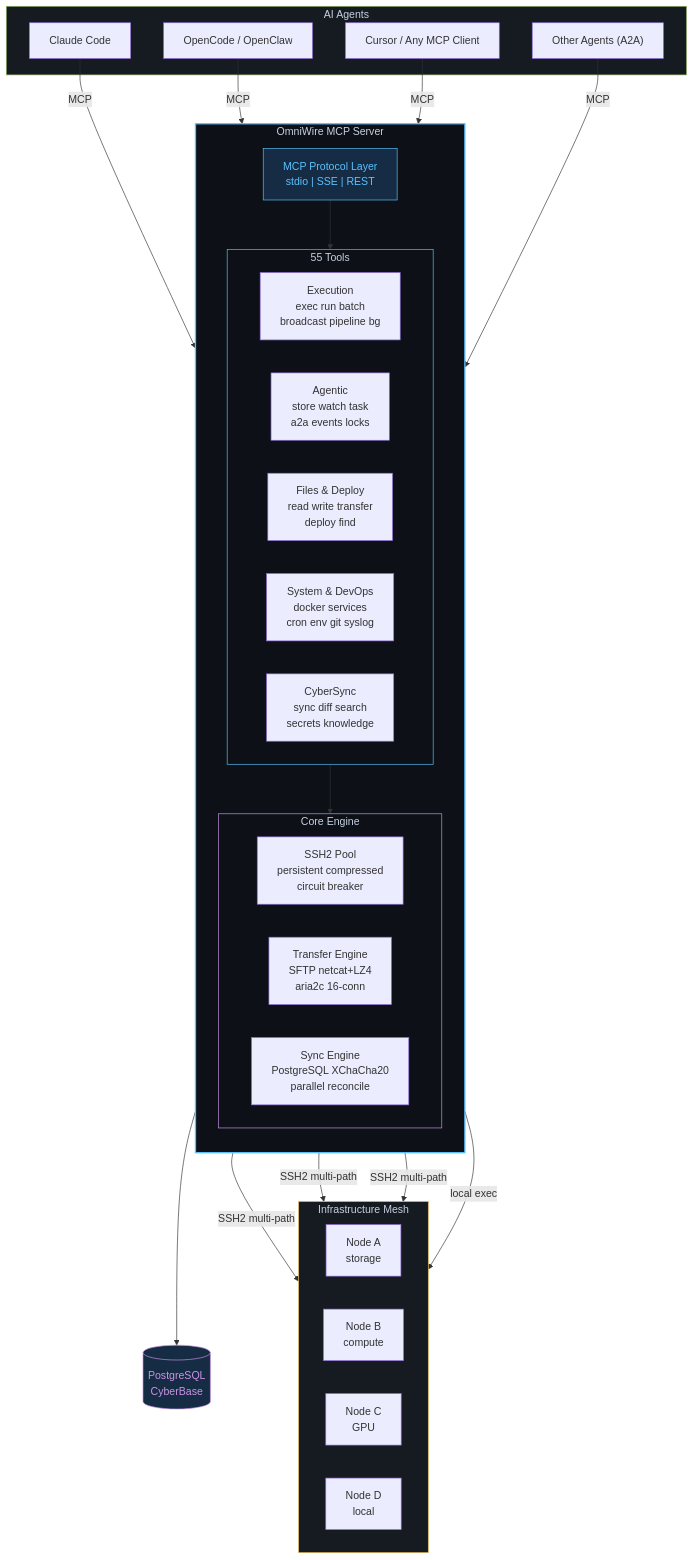
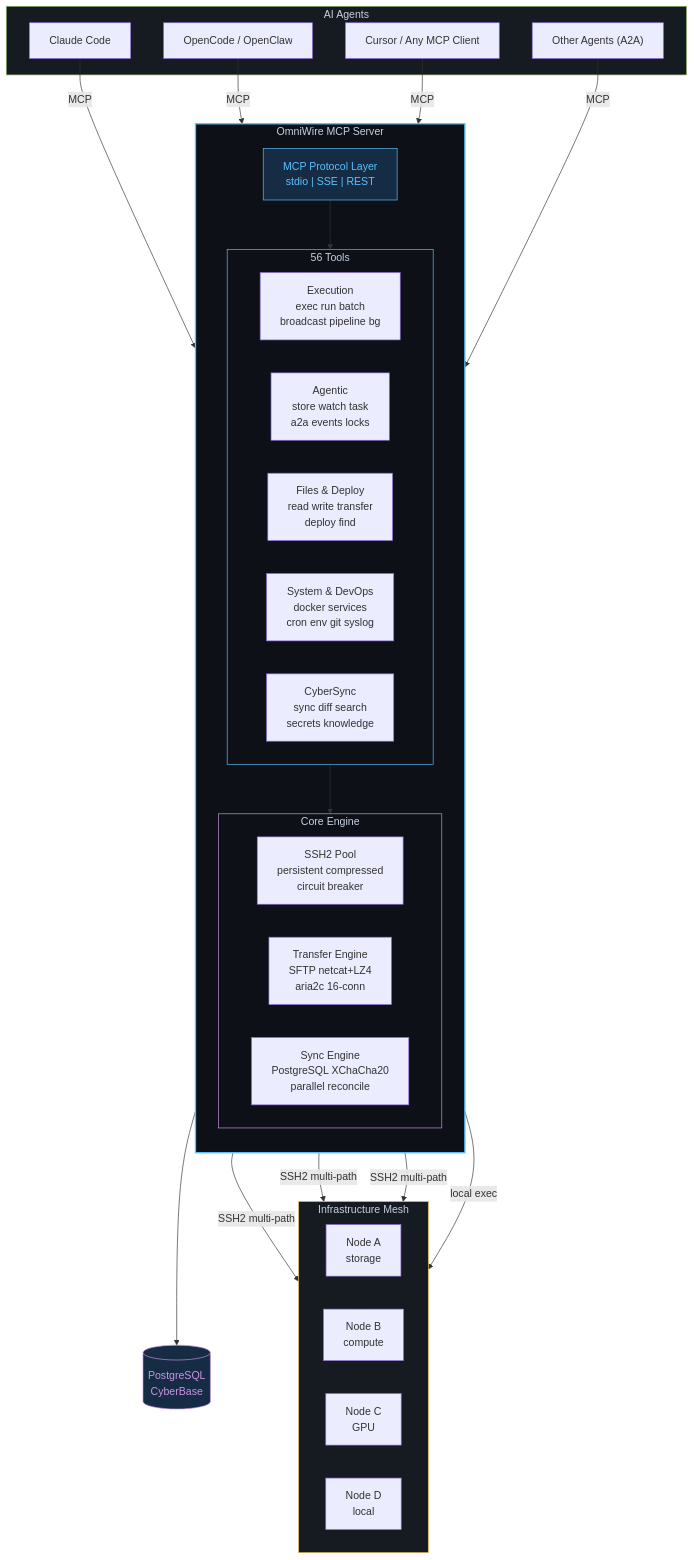
One commit to VoidChecksum/omniwire changed the diagram in README.md. Above: the diagram before and after it, drawn with Mermaid. The commit also changed other lines of this file and 4 other files, not shown here.

````diff
--- a/README.md
+++ b/README.md
@@ -196,55 +196,55 @@
 ```mermaid
 graph TB
     subgraph clients["AI Agents"]
         CC["Claude Code"]
         OC["OpenCode / OpenClaw"]
         CU["Cursor / Any MCP Client"]
         A2["Other Agents (A2A)"]
     end
 
     subgraph omniwire["OmniWire MCP Server"]
         direction TB
         MCP["MCP Protocol Layer<br/>stdio | SSE | REST"]
 
-        subgraph tools["55 Tools"]
+        subgraph tools["56 Tools"]
             direction LR
             EXEC["Execution<br/>exec  run  batch<br/>broadcast  pipeline  bg"]
             AGENT["Agentic<br/>store  watch  task<br/>a2a  events  locks"]
             FILES["Files & Deploy<br/>read  write  transfer<br/>deploy  find"]
             SYS["System & DevOps<br/>docker  services<br/>cron  env  git  syslog"]
             SYNC["CyberSync<br/>sync  diff  search<br/>secrets  knowledge"]
         end
 
         subgraph engine["Core Engine"]
             direction LR
             POOL["SSH2 Pool<br/>persistent  compressed<br/>circuit breaker"]
             XFER["Transfer Engine<br/>SFTP  netcat+LZ4<br/>aria2c 16-conn"]
             CSYNC["Sync Engine<br/>PostgreSQL  XChaCha20<br/>parallel reconcile"]
         end
     end
 
     subgraph mesh["Infrastructure Mesh"]
         direction LR
         N1["Node A<br/>storage"]
         N2["Node B<br/>compute"]
         N3["Node C<br/>GPU"]
         N4["Node D<br/>local"]
     end
 
     DB[("PostgreSQL<br/>CyberBase")]
 
     CC & OC & CU & A2 -->|MCP| MCP
     MCP --> tools
     tools --> engine
     POOL -->|"SSH2 multi-path"| N1 & N2 & N3
     POOL -->|"local exec"| N4
     CSYNC --> DB
 
     style omniwire fill:#0D1117,stroke:#59C2FF,stroke-width:2px,color:#C6D0E1
     style clients fill:#161B22,stroke:#91B362,stroke-width:1px,color:#C6D0E1
     style mesh fill:#161B22,stroke:#E6B450,stroke-width:1px,color:#C6D0E1
     style tools fill:#0D1117,stroke:#59C2FF,stroke-width:1px,color:#C6D0E1
     style engine fill:#0D1117,stroke:#CC93E6,stroke-width:1px,color:#C6D0E1
     style MCP fill:#162B44,stroke:#59C2FF,color:#59C2FF
     style DB fill:#162B44,stroke:#CC93E6,color:#CC93E6
 ```
````
